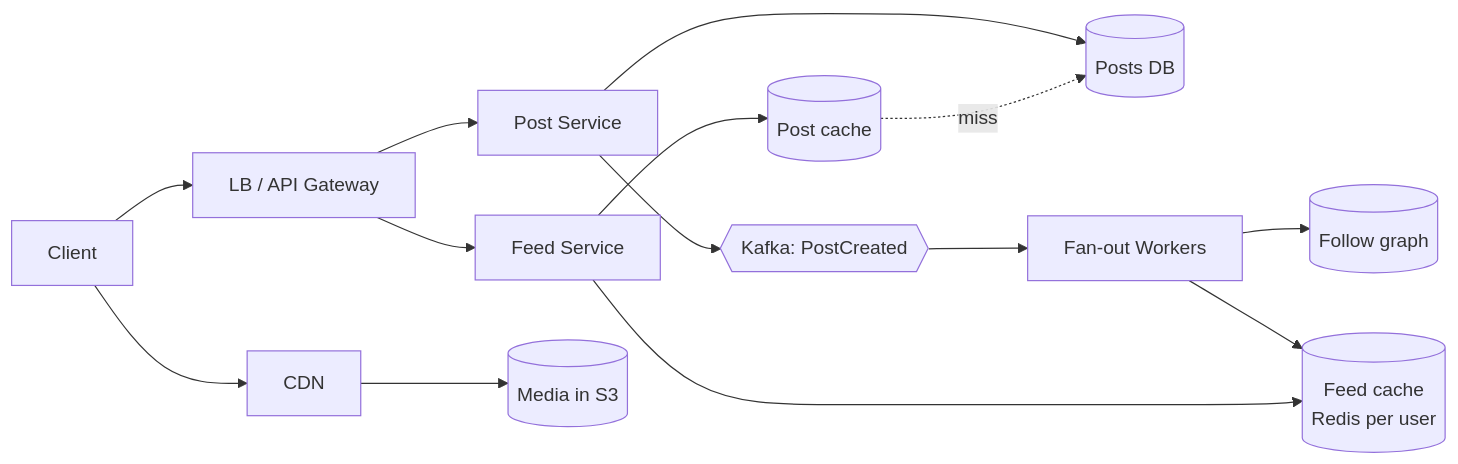
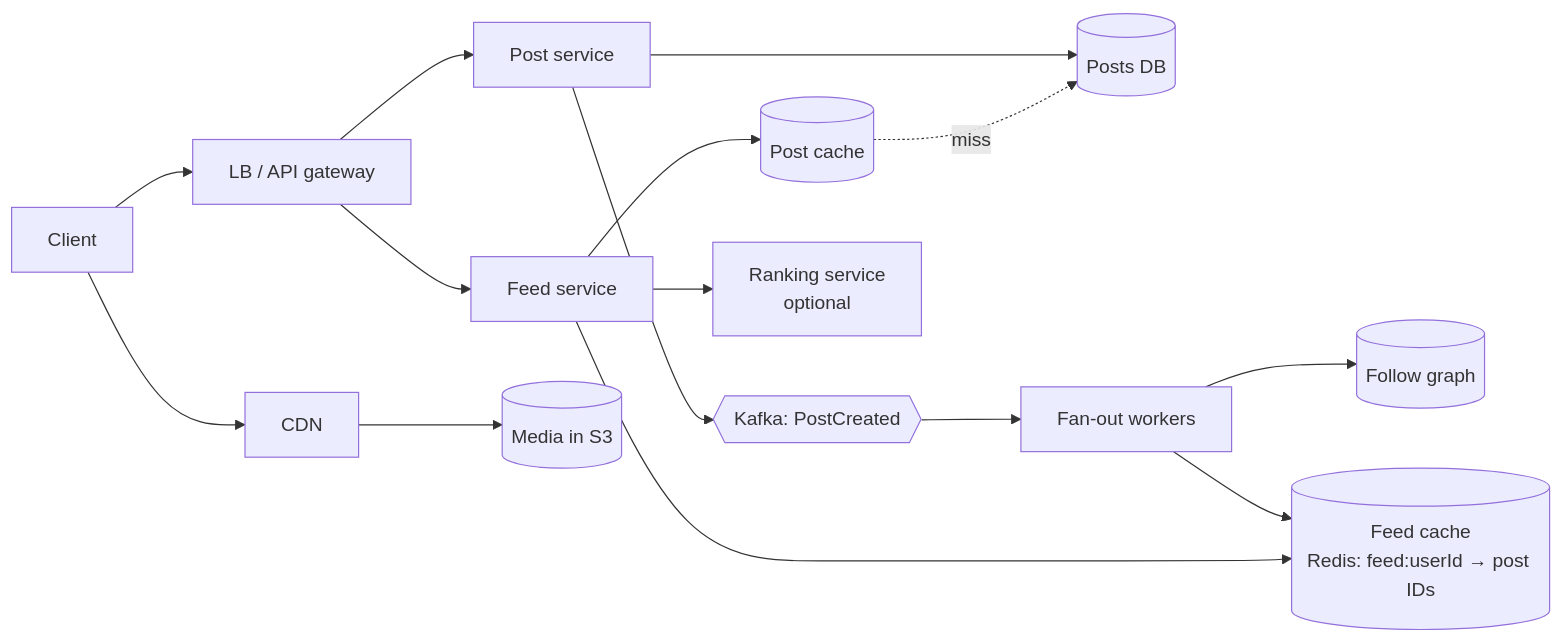
The first of 2 diagrams in design/4 Case Studies/Design a News Feed.md (hshtgbrendo/software-dev-prep), drawn with Mermaid before and after one commit. The commit also changed other lines of this file and 28 other files, not shown here.

````diff
--- a/design/4 Case Studies/Design a News Feed.md
+++ b/design/4 Case Studies/Design a News Feed.md
@@ -41,13 +64,15 @@
 ```mermaid
 flowchart LR
-  C[Client] --> LB[LB / API Gateway]
-  LB --> PS[Post Service] --> PDB[(Posts DB)]
-  PS --> Q{{Kafka: PostCreated}}
-  Q --> FO[Fan-out Workers]
+  C[Client] --> LB[LB / API gateway]
+  LB --> PS[Post service] --> PDB[(Posts DB)]
+  PS --> K{{"Kafka: PostCreated"}}
+  K --> FO[Fan-out workers]
   FO --> G[(Follow graph)]
-  FO --> FC[(Feed cache<br/>Redis per user)]
-  LB --> FS[Feed Service] --> FC
+  FO --> FC[("Feed cache<br/>Redis: feed:userId → post IDs")]
+  LB --> FS[Feed service]
+  FS --> FC
   FS --> PC[(Post cache)]
   PC -. miss .-> PDB
+  FS --> RK[Ranking service<br/>optional]
   C --> CDN[CDN] --> S3[(Media in S3)]
 ```
````
